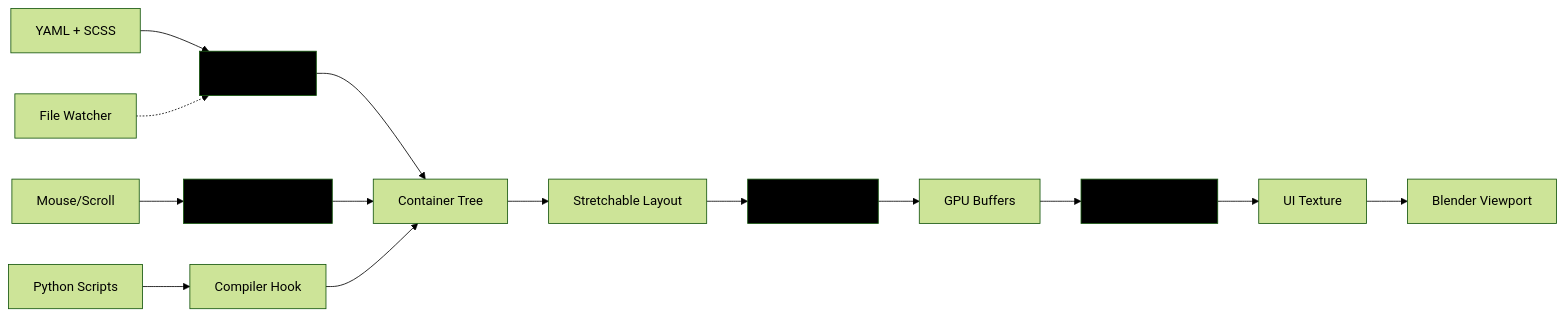
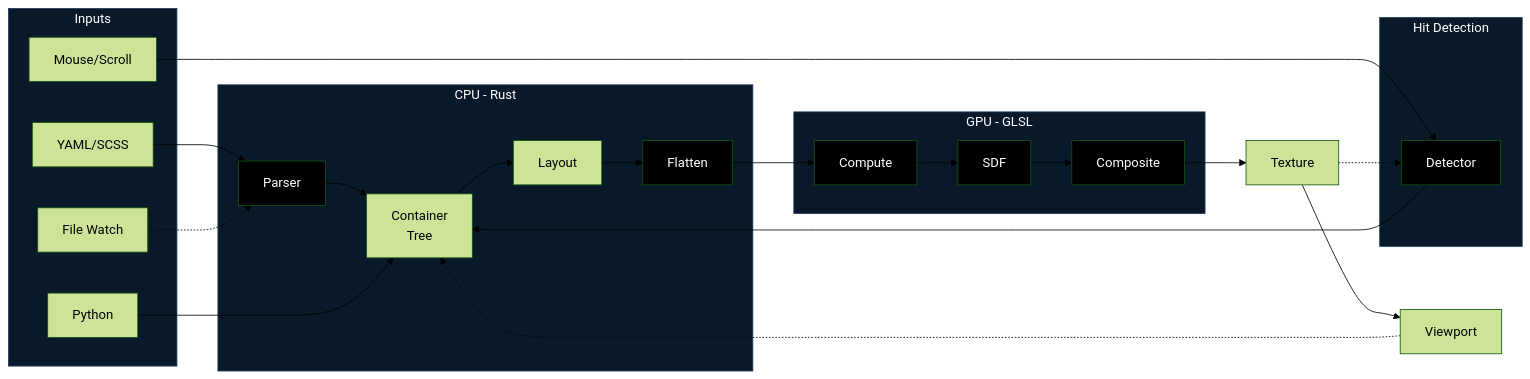
Before and after one commit to nicolaiprodromov/puree: the diagram in README.md, drawn with Mermaid (forest theme). The commit also changed other lines of this file, not shown here.

Commit message:
docs: update readme mermaid graph

````diff
--- a/README.md
+++ b/README.md
@@ -275,24 +275,48 @@
 ```mermaid
 graph LR
-    A[YAML + SCSS] --> B[Rust Parser]
-    B --> C[Container Tree]
-    C --> D[Stretchable Layout]
-    D --> E[Rust Flattener]
-    E --> F[GPU Buffers]
-    F --> G[GLSL Compute]
-    G --> H[UI Texture]
+    subgraph INPUT["Inputs"]
+        A[YAML/SCSS]
+        I[Mouse/Scroll]
+        K[Python]
+        M[File Watch]
+    end
     
-    I[Mouse/Scroll] --> J[Rust Hit Detector]
-    J --> C
+    subgraph CPU["CPU - Rust"]
+        B[Parser]
+        C[Container<br/>Tree]
+        D[Layout]
+        E[Flatten]
+    end
     
-    K[Python Scripts] --> L[Compiler Hook]
-    L --> C
+    subgraph HIT["Hit Detection"]
+        J[Detector]
+    end
     
-    M[File Watcher] -.-> B
-    H --> N[Blender Viewport]
+    subgraph GPU["GPU - GLSL"]
+        G1[Compute]
+        G2[SDF]
+        G3[Composite]
+    end
     
-    style B fill:#000
-    style E fill:#000
-    style G fill:#000
-    style J fill:#000
+    A --> B --> C
+    K --> C
+    C --> D --> E
+    E --> G1 --> G2 --> G3
+    G3 --> H[Texture]
+    H --> N[Viewport]
+    I --> J --> C
+    M -.-> B
+    H -.-> J
+    N -.-> C
+    
+    style INPUT fill:#0a1929,stroke:#1e3a5f,color:#fff
+    style CPU fill:#0a1929,stroke:#1e3a5f,color:#fff
+    style HIT fill:#0a1929,stroke:#1e3a5f,color:#fff
+    style GPU fill:#0a1929,stroke:#1e3a5f,color:#fff
+    style B fill:#000,color:#fff
+    style E fill:#000,color:#fff
+    style J fill:#000,color:#fff
+    style G1 fill:#000,color:#fff
+    style G2 fill:#000,color:#fff
+    style G3 fill:#000,color:#fff
 ```
````
